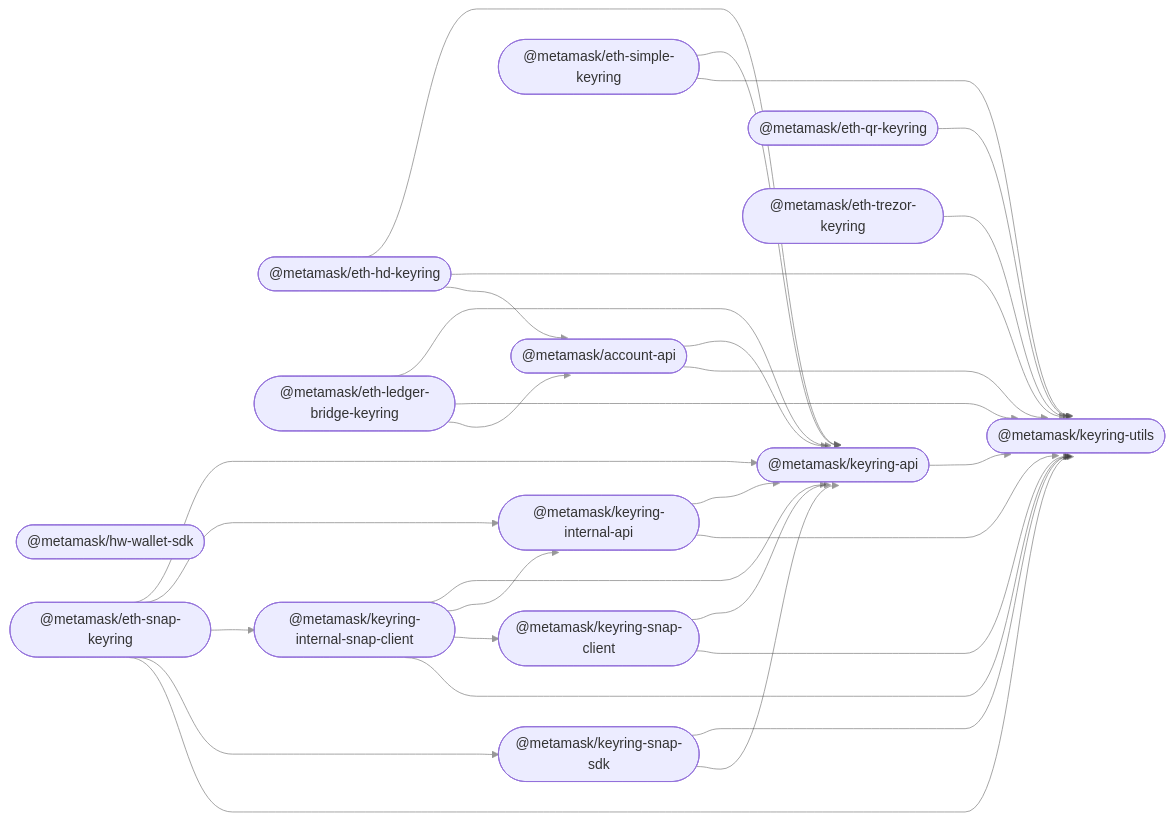
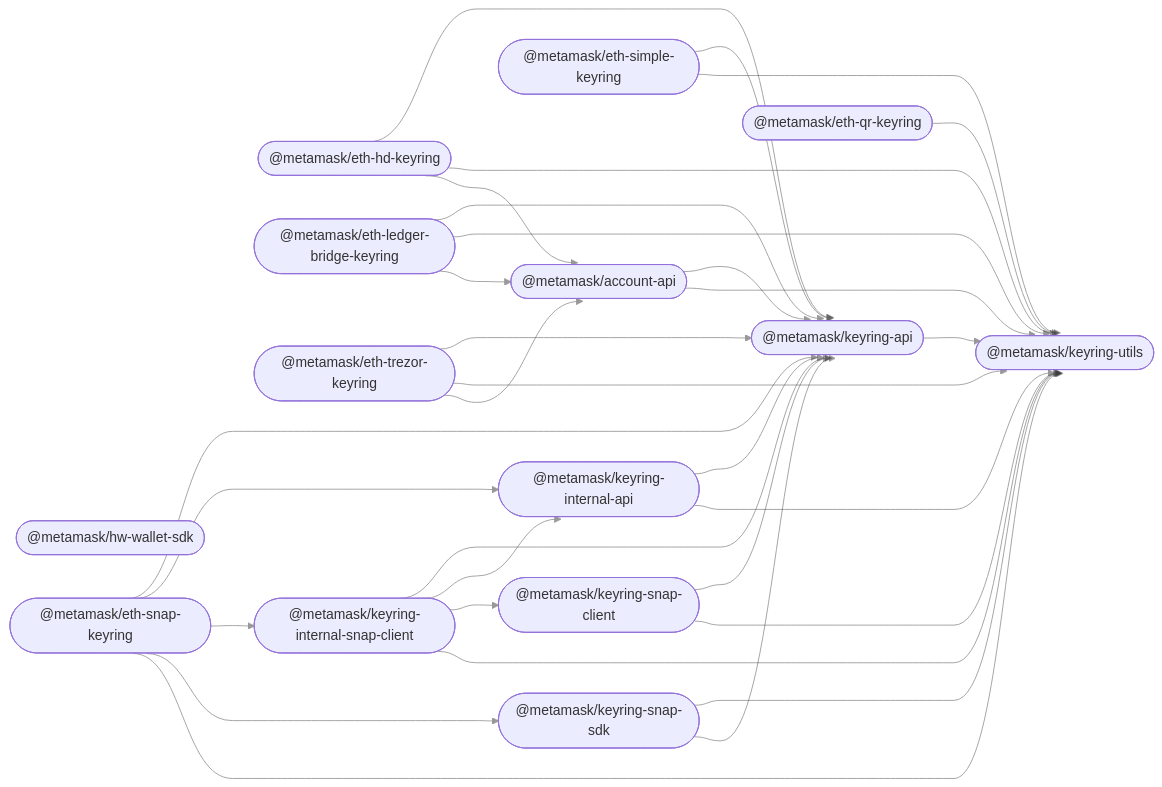
One commit to MetaMask/accounts changed the diagram in README.md. Above: the diagram before and after it, drawn with Mermaid. The commit also changed 12 other files, not shown here.

First line of the commit message:
feat: add `TrezorKeyringV2` (and `OneKeyKeyringV2`) (#412)

````diff
--- a/README.md
+++ b/README.md
@@ -36,47 +36,49 @@
 ```mermaid
 %%{ init: { 'flowchart': { 'curve': 'bumpX' } } }%%
 graph LR;
 linkStyle default opacity:0.5
   account_api(["@metamask/account-api"]);
   hw_wallet_sdk(["@metamask/hw-wallet-sdk"]);
   keyring_api(["@metamask/keyring-api"]);
   eth_hd_keyring(["@metamask/eth-hd-keyring"]);
   eth_ledger_bridge_keyring(["@metamask/eth-ledger-bridge-keyring"]);
   eth_qr_keyring(["@metamask/eth-qr-keyring"]);
   eth_simple_keyring(["@metamask/eth-simple-keyring"]);
   eth_trezor_keyring(["@metamask/eth-trezor-keyring"]);
   keyring_internal_api(["@metamask/keyring-internal-api"]);
   keyring_internal_snap_client(["@metamask/keyring-internal-snap-client"]);
   eth_snap_keyring(["@metamask/eth-snap-keyring"]);
   keyring_snap_client(["@metamask/keyring-snap-client"]);
   keyring_snap_sdk(["@metamask/keyring-snap-sdk"]);
   keyring_utils(["@metamask/keyring-utils"]);
   account_api --> keyring_api;
   account_api --> keyring_utils;
   keyring_api --> keyring_utils;
   eth_hd_keyring --> keyring_api;
   eth_hd_keyring --> keyring_utils;
   eth_hd_keyring --> account_api;
   eth_ledger_bridge_keyring --> keyring_api;
   eth_ledger_bridge_keyring --> keyring_utils;
   eth_ledger_bridge_keyring --> account_api;
   eth_qr_keyring --> keyring_utils;
   eth_simple_keyring --> keyring_api;
   eth_simple_keyring --> keyring_utils;
+  eth_trezor_keyring --> keyring_api;
   eth_trezor_keyring --> keyring_utils;
+  eth_trezor_keyring --> account_api;
   keyring_internal_api --> keyring_api;
   keyring_internal_api --> keyring_utils;
   keyring_internal_snap_client --> keyring_api;
   keyring_internal_snap_client --> keyring_internal_api;
   keyring_internal_snap_client --> keyring_snap_client;
   keyring_internal_snap_client --> keyring_utils;
   eth_snap_keyring --> keyring_api;
   eth_snap_keyring --> keyring_internal_api;
   eth_snap_keyring --> keyring_internal_snap_client;
   eth_snap_keyring --> keyring_snap_sdk;
   eth_snap_keyring --> keyring_utils;
   keyring_snap_client --> keyring_api;
   keyring_snap_client --> keyring_utils;
   keyring_snap_sdk --> keyring_utils;
   keyring_snap_sdk --> keyring_api;
 ```
````
